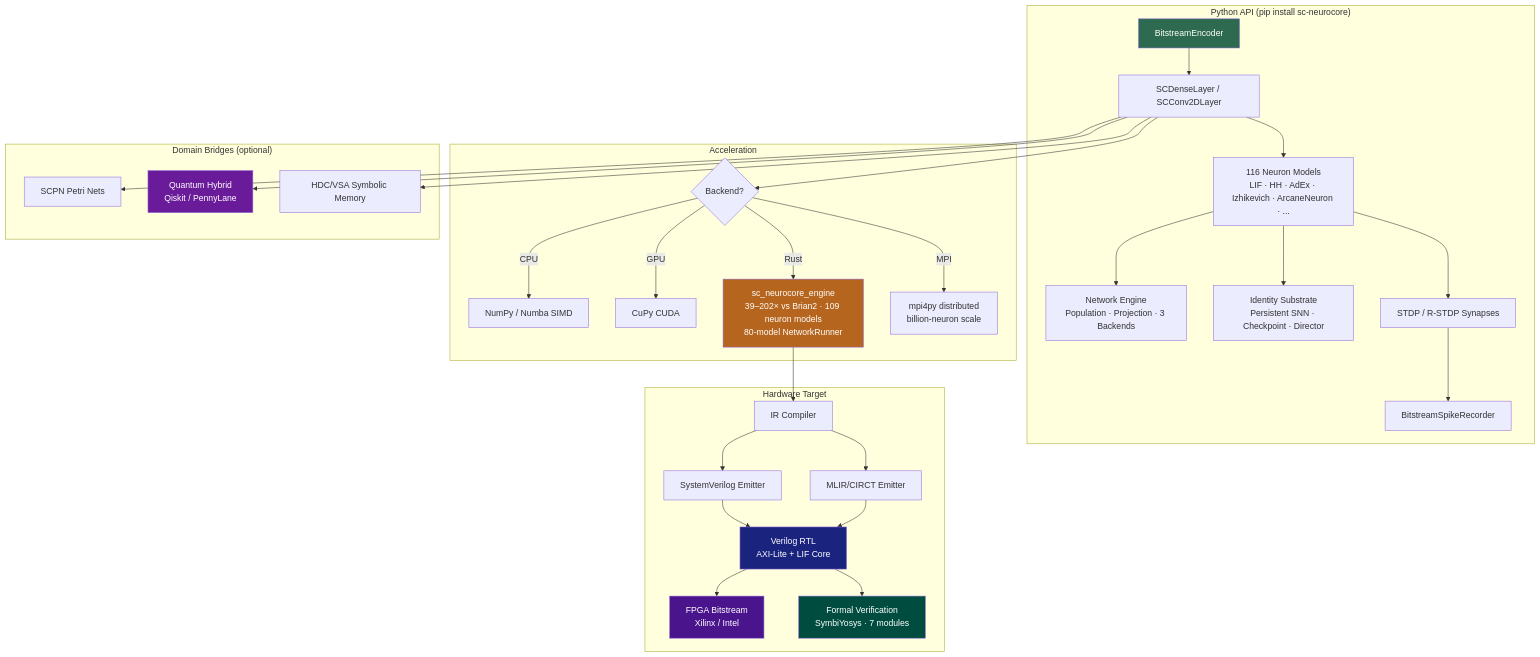
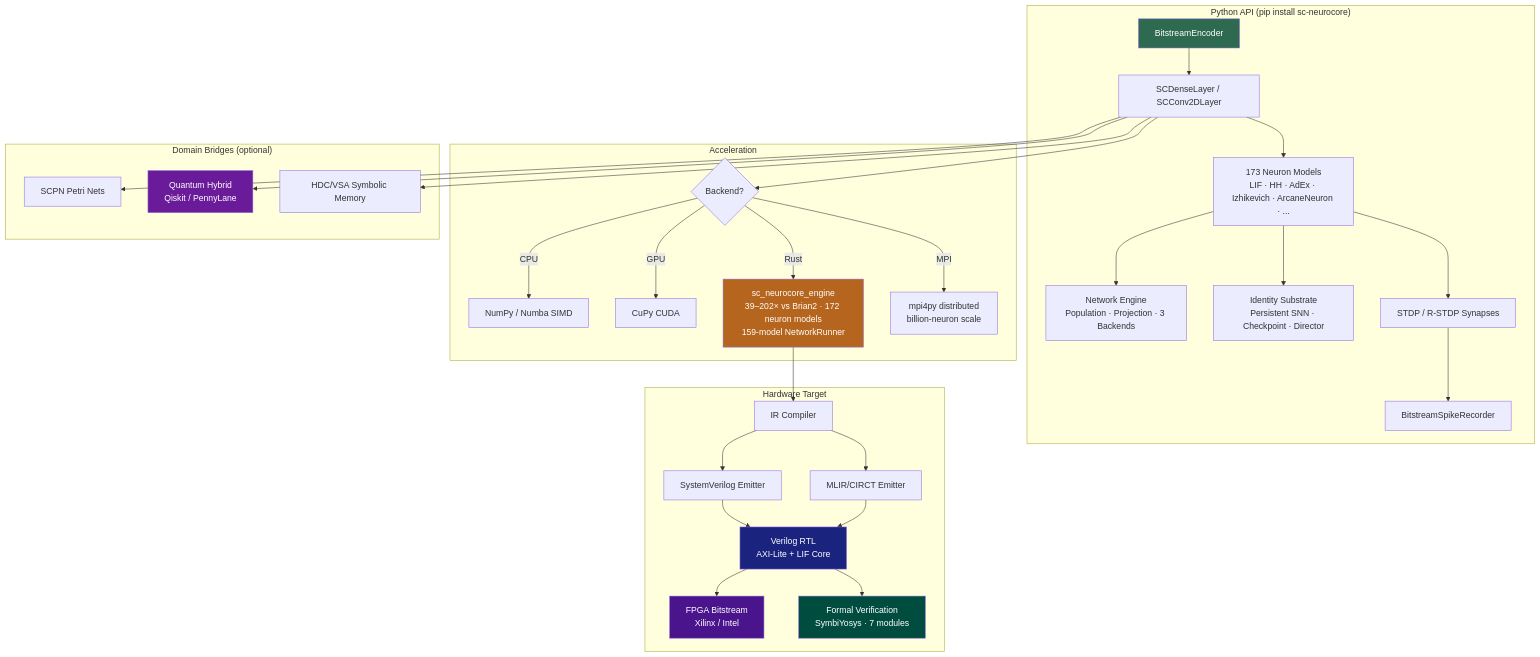
The diagram in README.md (anulum/sc-neurocore), drawn with Mermaid before and after one commit. The commit also changed other lines of this file and 1 other file, not shown here.

````diff
--- a/README.md
+++ b/README.md
@@ -356,42 +356,42 @@
 ```mermaid
 graph TD
     subgraph "Python API (pip install sc-neurocore)"
         A[BitstreamEncoder] --> B[SCDenseLayer / SCConv2DLayer]
-        B --> C[116 Neuron Models<br/>LIF · HH · AdEx · Izhikevich · ArcaneNeuron · ...]
+        B --> C[173 Neuron Models<br/>LIF · HH · AdEx · Izhikevich · ArcaneNeuron · ...]
         C --> NET[Network Engine<br/>Population · Projection · 3 Backends]
         C --> ID[Identity Substrate<br/>Persistent SNN · Checkpoint · Director]
         C --> D[STDP / R-STDP Synapses]
         D --> E[BitstreamSpikeRecorder]
     end
 
     subgraph "Acceleration"
         B --> F{Backend?}
         F -->|CPU| G[NumPy / Numba SIMD]
         F -->|GPU| H[CuPy CUDA]
-        F -->|Rust| I[sc_neurocore_engine<br/>39–202× vs Brian2 · 109 neuron models<br/>80-model NetworkRunner]
+        F -->|Rust| I[sc_neurocore_engine<br/>39–202× vs Brian2 · 172 neuron models<br/>159-model NetworkRunner]
         F -->|MPI| MPI[mpi4py distributed<br/>billion-neuron scale]
     end
 
     subgraph "Hardware Target"
         I --> J[IR Compiler]
         J --> K[SystemVerilog Emitter]
         J --> K2[MLIR/CIRCT Emitter]
         K --> L[Verilog RTL<br/>AXI-Lite + LIF Core]
         K2 --> L
         L --> M[FPGA Bitstream<br/>Xilinx / Intel]
         L --> V[Formal Verification<br/>SymbiYosys · 7 modules]
     end
 
     subgraph "Domain Bridges (optional)"
         B --> N[SCPN Petri Nets]
         B --> O[Quantum Hybrid<br/>Qiskit / PennyLane]
         B --> P[HDC/VSA Symbolic Memory]
     end
 
     style A fill:#2d6a4f,color:#fff
     style I fill:#b5651d,color:#fff
     style L fill:#1a237e,color:#fff
     style M fill:#4a148c,color:#fff
     style O fill:#6a1b9a,color:#fff
     style V fill:#004d40,color:#fff
 ```
````
